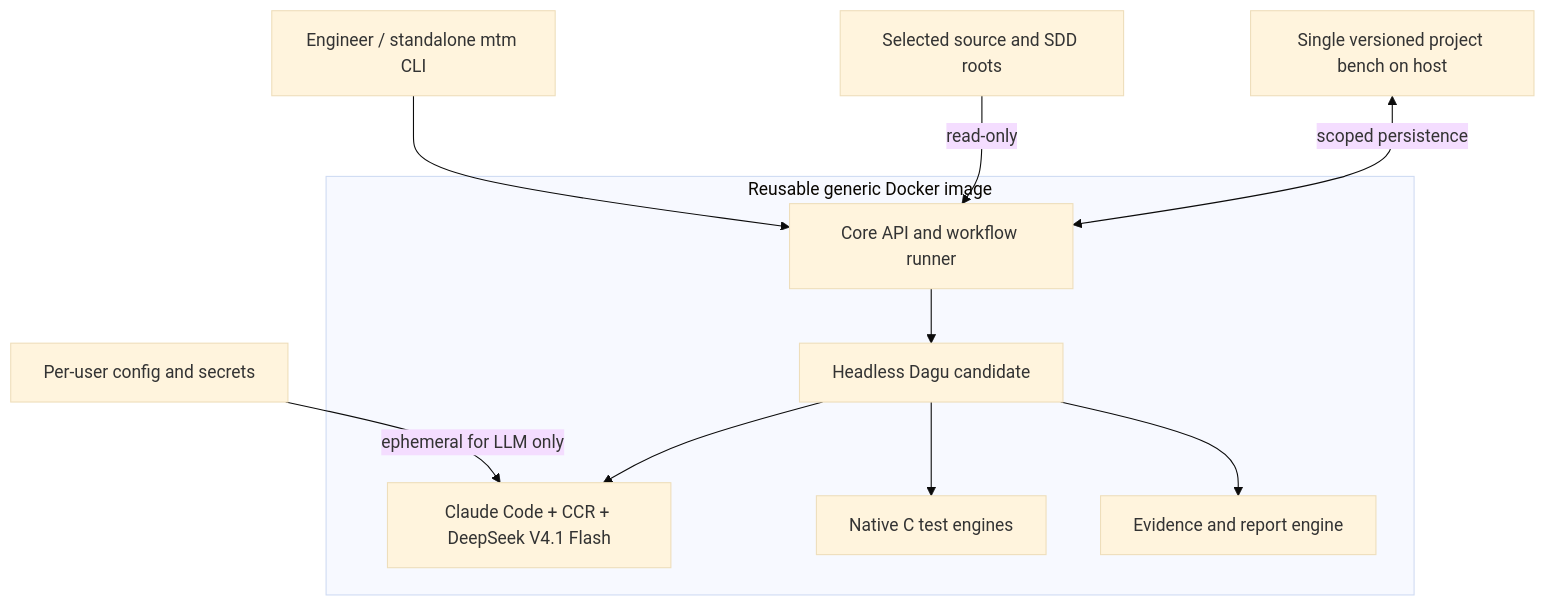
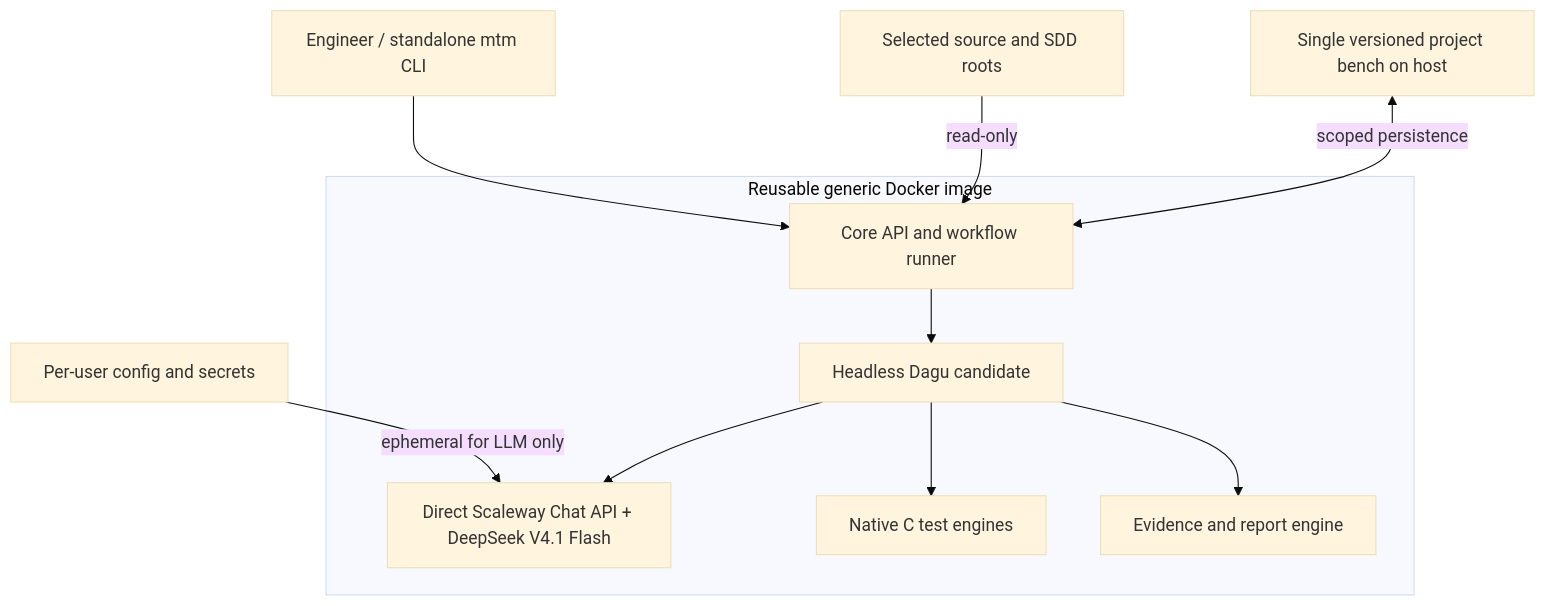
The first of 3 diagrams in docs/architecture/architecture.md (aradenac/utest-machinery), drawn with Mermaid (base theme) before and after one commit. The commit also changed other lines of this file, not shown here.

Commit message:
docs(pr3): specify no-harness in-image Scaleway provider in docs/architecture/architecture.md

````diff
--- a/docs/architecture/architecture.md
+++ b/docs/architecture/architecture.md
@@ -7,18 +7,18 @@
 ```mermaid
 flowchart TB
   U["Engineer / standalone mtm CLI"] --> RUNNER
   IN["Selected source and SDD roots"] -->|read-only| RUNNER
   BENCH["Single versioned project bench on host"] <-->|scoped persistence| RUNNER
   USER["Per-user config and secrets"] -->|ephemeral for LLM only| AGENT
   subgraph CONTAINER["Reusable generic Docker image"]
     RUNNER["Core API and workflow runner"]
     DAG["Headless Dagu candidate"]
-    AGENT["Claude Code + CCR + DeepSeek V4.1 Flash"]
+    AGENT["Direct Scaleway Chat API + DeepSeek V4.1 Flash"]
     TEST["Native C test engines"]
     REPORT["Evidence and report engine"]
     RUNNER --> DAG
     DAG --> AGENT
     DAG --> TEST
     DAG --> REPORT
   end
 ```
````
